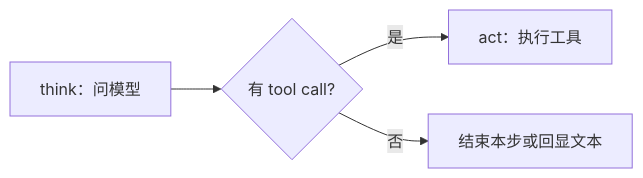
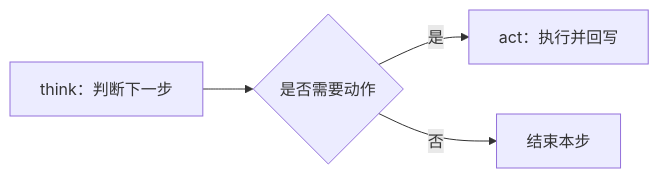
Before and after one commit to jixie-wish/Janus: the third of 5 diagrams in core/docs/AGENT-FLOW.md, drawn with Mermaid. The commit also changed other lines of this file and 26 other files, not shown here.

````diff
--- a/core/docs/AGENT-FLOW.md
+++ b/core/docs/AGENT-FLOW.md
@@ -126,6 +88,6 @@
 ```mermaid
 flowchart LR
-    T[think：问模型] --> D{有 tool call?}
-    D -->|是| A[act：执行工具]
-    D -->|否| E[结束本步或回显文本]
+    T[think：判断下一步] --> D{是否需要动作}
+    D -->|是| A[act：执行并回写]
+    D -->|否| E[结束本步]
 ```
````
